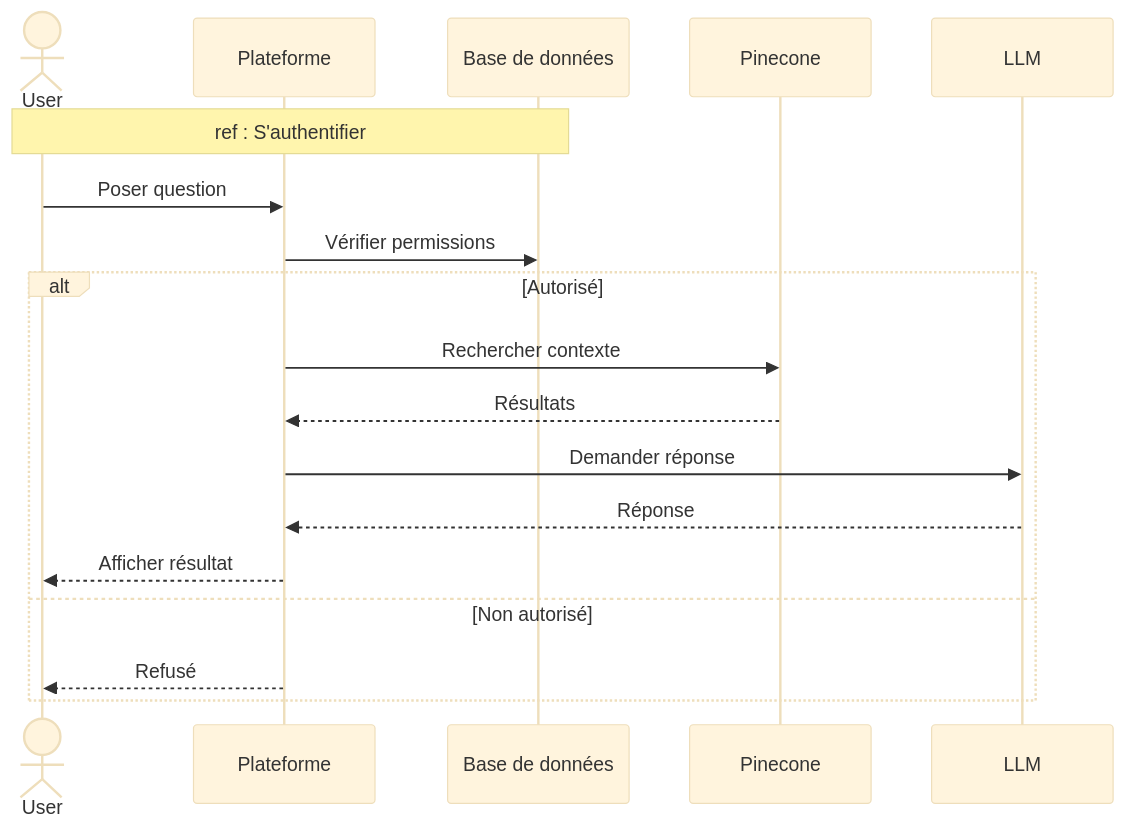
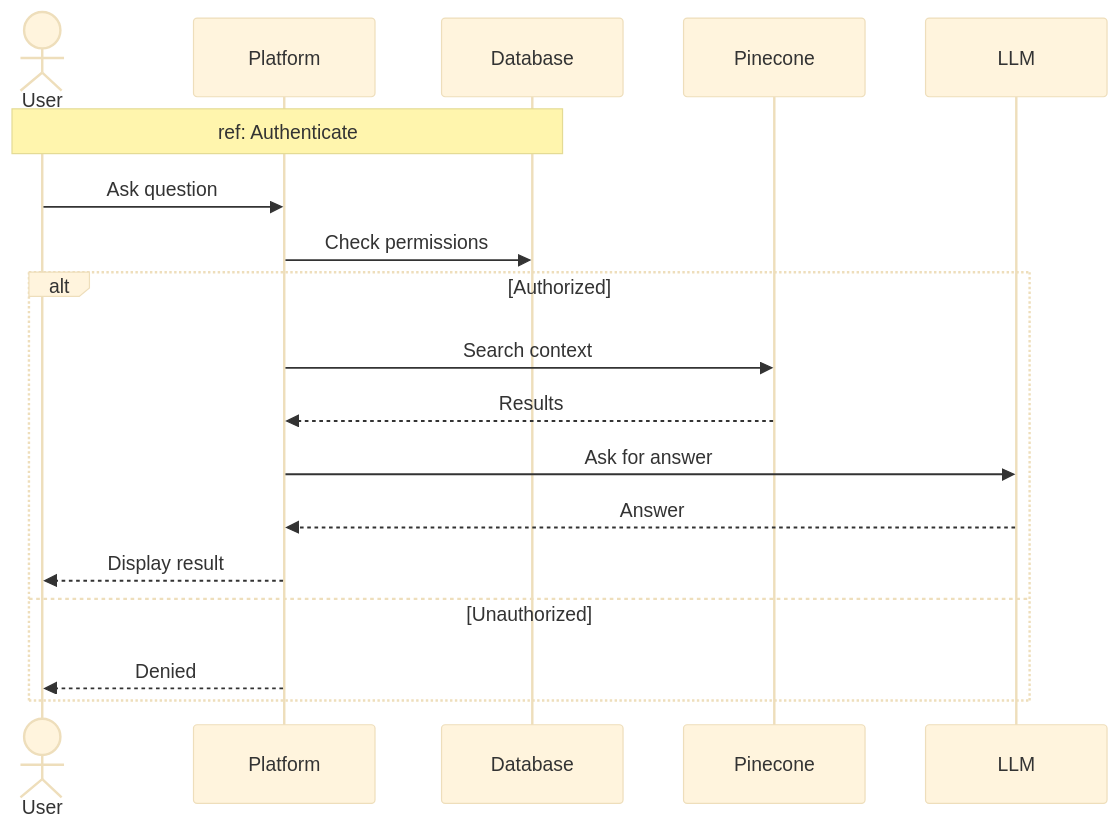
Before and after one commit to MohamedChebbi123/teamnest: diagram 14 of 16 in docs/SEQUENCE_DIAGRAMS.md, drawn with Mermaid (base theme). The commit also changed other lines of this file, not shown here.

````diff
--- a/docs/SEQUENCE_DIAGRAMS.md
+++ b/docs/SEQUENCE_DIAGRAMS.md
@@ -416,22 +420,22 @@
 ```mermaid
 sequenceDiagram
     actor User
-    participant API as Plateforme
-    participant DB as Base de données
+    participant API as Platform
+    participant DB as Database
     participant Vec as Pinecone
     participant LLM
 
-    Note over User,DB: ref : S'authentifier
+    Note over User,DB: ref: Authenticate
 
-    User->>API: Poser question
-    API->>DB: Vérifier permissions
-    alt Autorisé
-        API->>Vec: Rechercher contexte
-        Vec-->>API: Résultats
-        API->>LLM: Demander réponse
-        LLM-->>API: Réponse
-        API-->>User: Afficher résultat
-    else Non autorisé
-        API-->>User: Refusé
+    User->>API: Ask question
+    API->>DB: Check permissions
+    alt Authorized
+        API->>Vec: Search context
+        Vec-->>API: Results
+        API->>LLM: Ask for answer
+        LLM-->>API: Answer
+        API-->>User: Display result
+    else Unauthorized
+        API-->>User: Denied
     end
 ```
````
